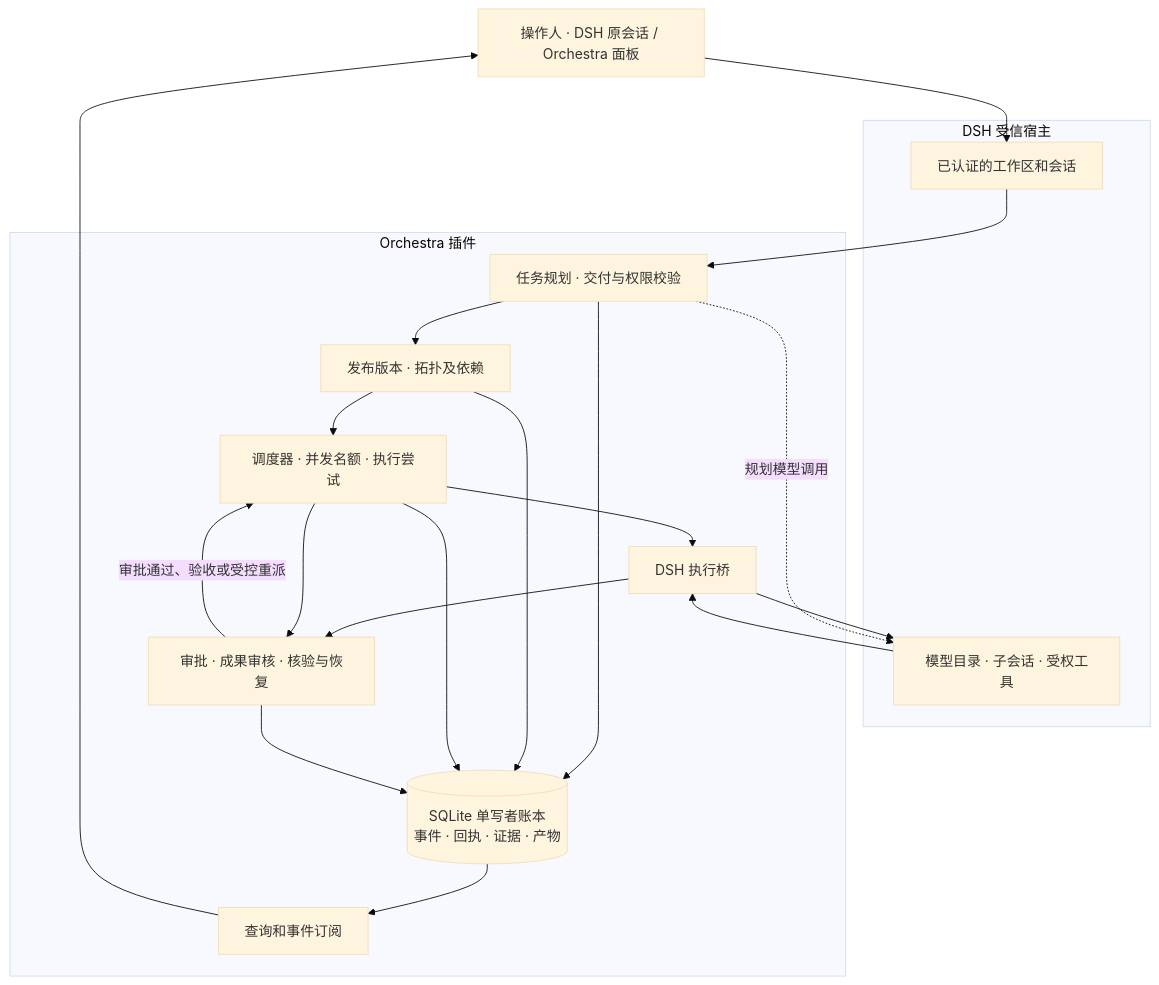
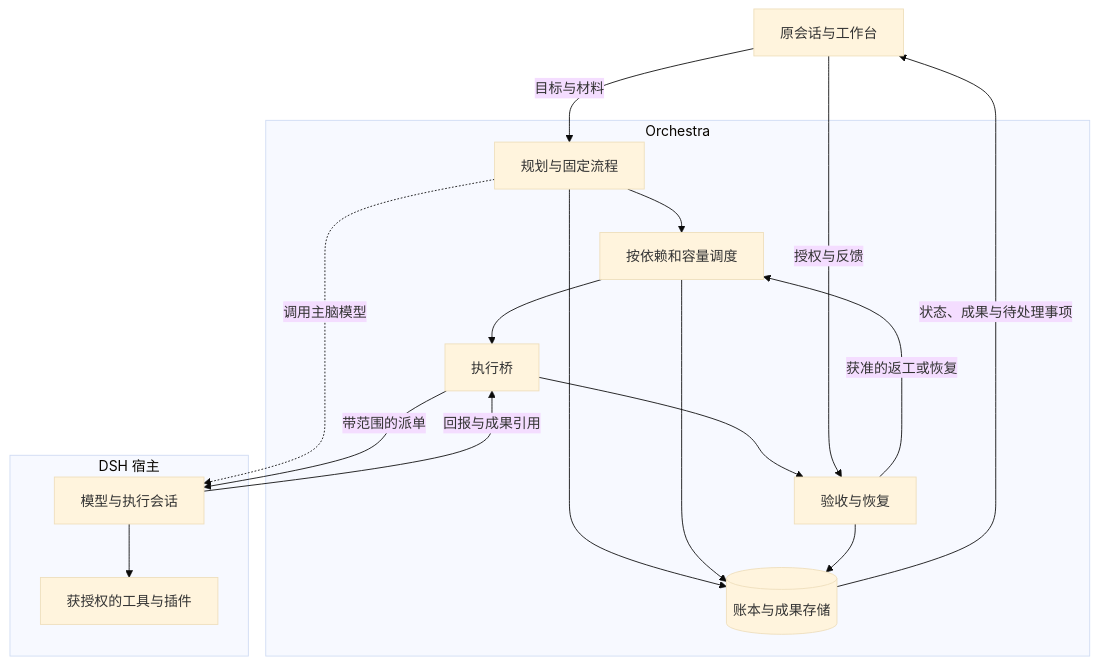
The third of 3 diagrams in README.md (theBeautifulIce/dsh-orchestra), drawn with Mermaid (base theme) before and after one commit. The commit also changed other lines of this file and 1 other file, not shown here.

Commit message:
docs: explain Orchestra task workflows and refresh README diagrams

````diff
--- a/README.md
+++ b/README.md
@@ -104,26 +160,28 @@
-~~~mermaid
+```mermaid
 flowchart TD
-    U["操作人 · DSH 原会话 / Orchestra 面板"]
-    subgraph DS["DSH 受信宿主"]
-        G["已认证的工作区和会话"]
-        M["模型目录 · 子会话 · 受权工具"]
+    U["原会话与工作台"]
+    subgraph O["Orchestra"]
+        P["规划与固定流程"]
+        S["按依赖和容量调度"]
+        B["执行桥"]
+        R["验收与恢复"]
+        L[("账本与成果存储")]
+        P --> S --> B
+        B --> R
+        P --> L
+        S --> L
+        R --> L
+        R -->|获准的返工或恢复| S
     end
-    subgraph OR["Orchestra 插件"]
-        P["任务规划 · 交付与权限校验"]
-        W["发布版本 · 拓扑及依赖"]
-        D["调度器 · 并发名额 · 执行尝试"]
-        X["DSH 执行桥"]
-        C["审批 · 成果审核 · 核验与恢复"]
-        L[("SQLite 单写者账本<br/>事件 · 回执 · 证据 · 产物")]
-        Q["查询和事件订阅"]
+    subgraph D["DSH 宿主"]
+        M["模型与执行会话"]
+        T["获授权的工具与插件"]
+        M --> T
     end
-    U --> G --> P --> W --> D --> X --> M
-    P -.->|规划模型调用| M
-    M --> X --> C
-    D --> C
-    C -->|审批通过、验收或受控重派| D
-    P --> L
-    W --> L
-    D --> L
-    C --> L --> Q --> U
-~~~
+    U -->|目标与材料| P
+    U -->|授权与反馈| R
+    P -.->|调用主脑模型| M
+    B -->|带范围的派单| M
+    M -->|回报与成果引用| B
+    L -->|状态、成果与待处理事项| U
+```
````
